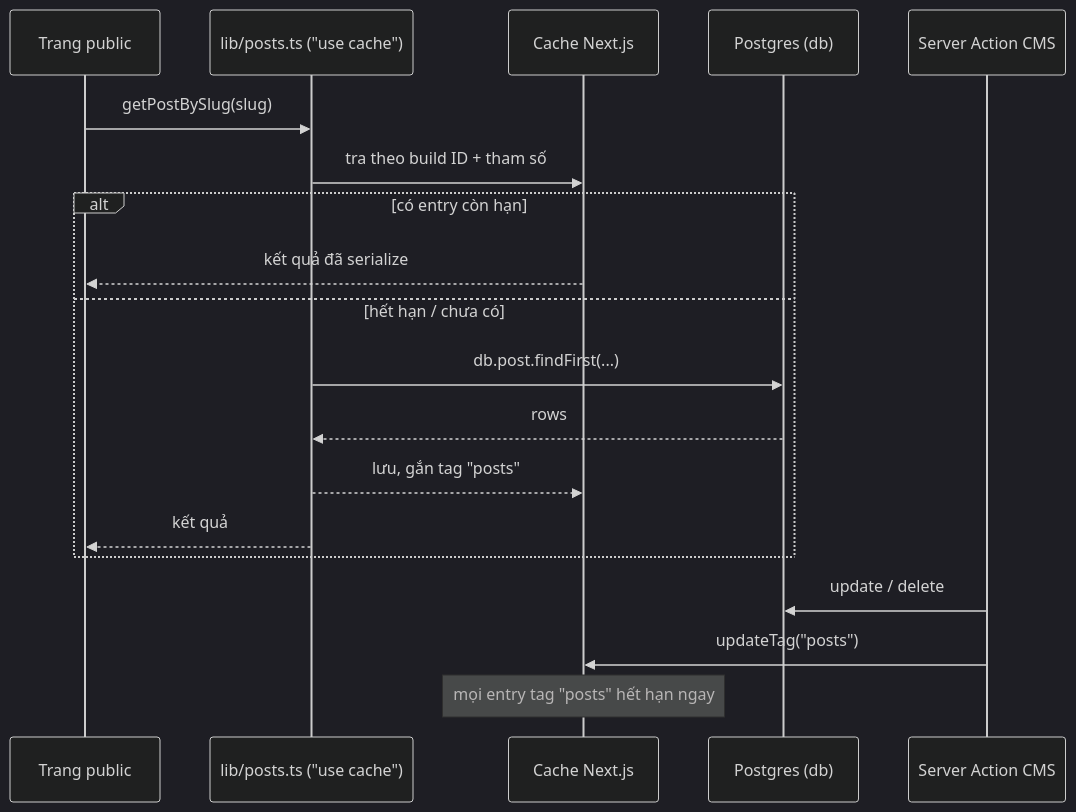
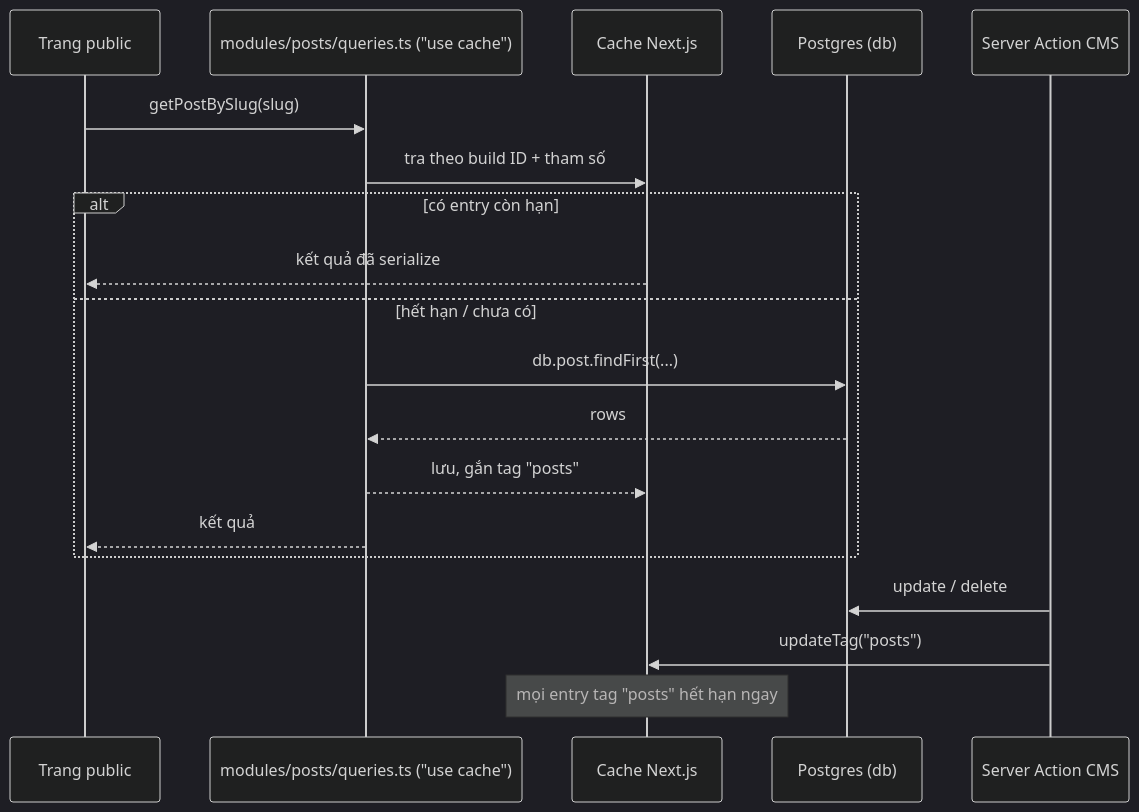
One commit to lqvinh1205/affiliate-project changed the diagram in docs/nen-tang-ky-thuat/prisma-7.md. Above: the diagram before and after it, drawn with Mermaid (dark theme). The commit also changed other lines of this file and 125 other files, not shown here.

````diff
--- a/docs/nen-tang-ky-thuat/prisma-7.md
+++ b/docs/nen-tang-ky-thuat/prisma-7.md
@@ -195,21 +195,21 @@
 ```mermaid
 sequenceDiagram
     participant Page as Trang public
-    participant Fn as lib/posts.ts ("use cache")
+    participant Fn as modules/posts/queries.ts ("use cache")
     participant Cache as Cache Next.js
     participant DB as Postgres (db)
     participant Act as Server Action CMS
     Page->>Fn: getPostBySlug(slug)
     Fn->>Cache: tra theo build ID + tham số
     alt có entry còn hạn
         Cache-->>Page: kết quả đã serialize
     else hết hạn / chưa có
         Fn->>DB: db.post.findFirst(...)
         DB-->>Fn: rows
         Fn-->>Cache: lưu, gắn tag "posts"
         Fn-->>Page: kết quả
     end
     Act->>DB: update / delete
     Act->>Cache: updateTag("posts")
     Note over Cache: mọi entry tag "posts" hết hạn ngay
 ```
````
